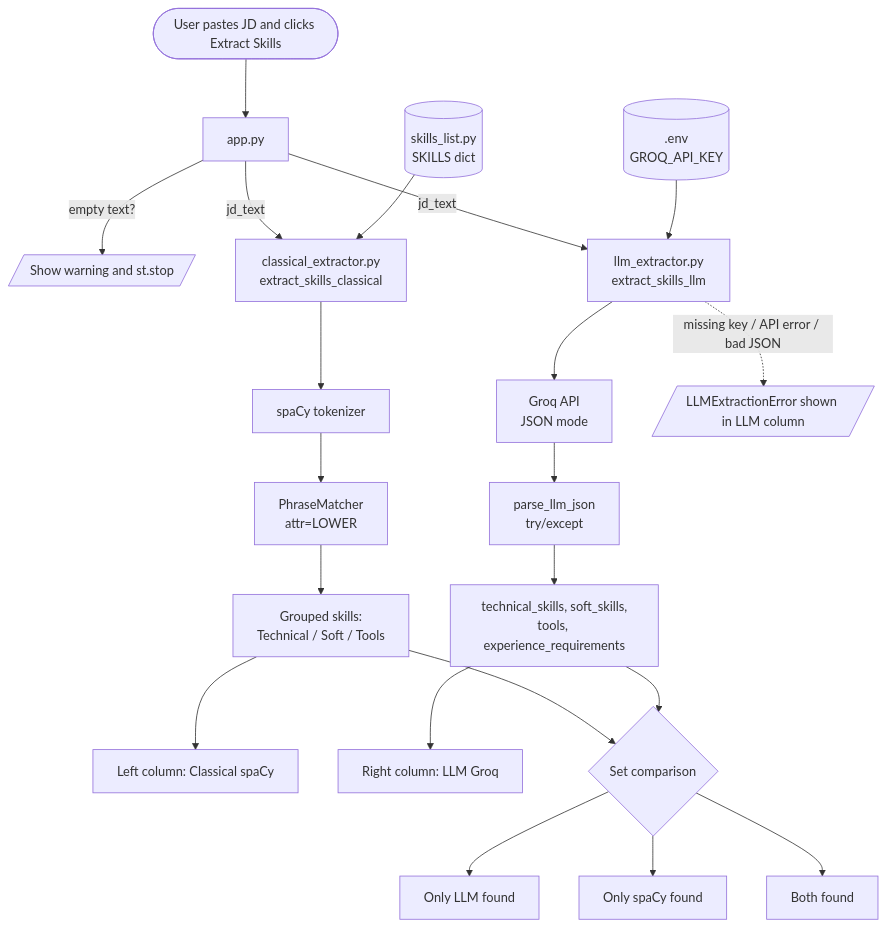
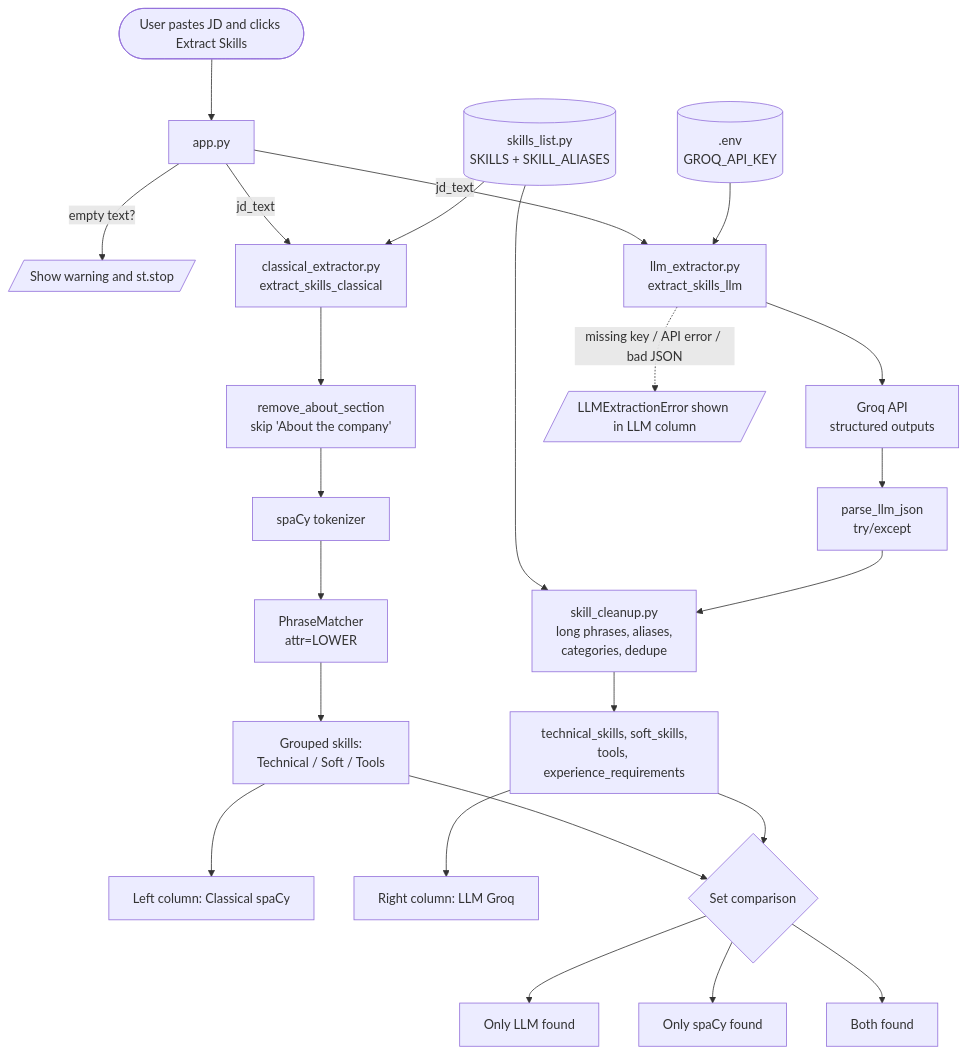
The first of 3 diagrams in docs/KNOWLEDGE_GRAPH.md (Nancy-gith/jd-skill-extractor), drawn with Mermaid before and after one commit. The commit also changed other lines of this file and 8 other files, not shown here.

First line of the commit message:
Improve LLM extraction precision and align categories with spaCy

````diff
--- a/docs/KNOWLEDGE_GRAPH.md
+++ b/docs/KNOWLEDGE_GRAPH.md
@@ -11,22 +11,23 @@
 ```mermaid
 flowchart TD
     U([User pastes JD and clicks Extract Skills]) --> A[app.py]
     A -->|empty text?| W[/Show warning and st.stop/]
     A -->|jd_text| C[classical_extractor.py<br/>extract_skills_classical]
     A -->|jd_text| L[llm_extractor.py<br/>extract_skills_llm]
 
-    S[(skills_list.py<br/>SKILLS dict)] --> C
-    C --> T[spaCy tokenizer] --> M[PhraseMatcher<br/>attr=LOWER] --> CR[Grouped skills:<br/>Technical / Soft / Tools]
+    S[(skills_list.py<br/>SKILLS + SKILL_ALIASES)] --> C
+    S --> CL
+    C --> AB[remove_about_section<br/>skip 'About the company'] --> T[spaCy tokenizer] --> M[PhraseMatcher<br/>attr=LOWER] --> CR[Grouped skills:<br/>Technical / Soft / Tools]
 
     E[(.env<br/>GROQ_API_KEY)] --> L
-    L --> G[Groq API<br/>JSON mode] --> P[parse_llm_json<br/>try/except] --> LR[technical_skills, soft_skills,<br/>tools, experience_requirements]
+    L --> G[Groq API<br/>structured outputs] --> P[parse_llm_json<br/>try/except] --> CL[skill_cleanup.py<br/>long phrases, aliases,<br/>categories, dedupe] --> LR[technical_skills, soft_skills,<br/>tools, experience_requirements]
     L -.->|missing key / API error / bad JSON| ERR[/LLMExtractionError shown in LLM column/]
 
     CR --> COL1[Left column: Classical spaCy]
     LR --> COL2[Right column: LLM Groq]
     CR --> CMP{Set comparison}
     LR --> CMP
     CMP --> O1[Only LLM found]
     CMP --> O2[Only spaCy found]
     CMP --> O3[Both found]
 ```
````
